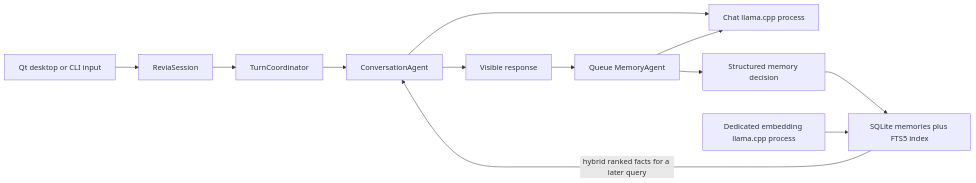
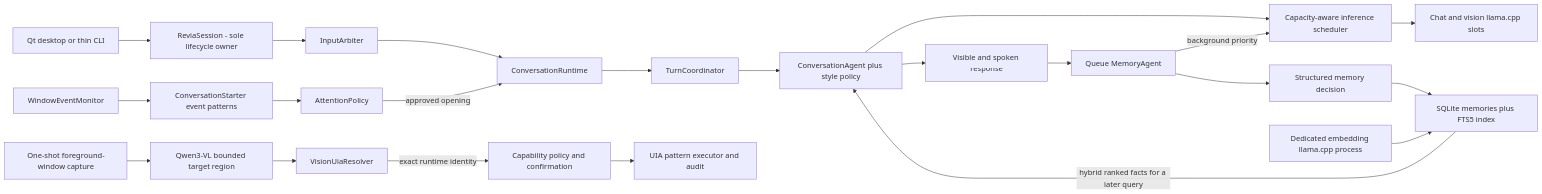
Before and after one commit to MahouSenseii/R.E.V.I.A: the second of 2 diagrams in docs/ARCHITECTURE.md, drawn with Mermaid. The commit also changed other lines of this file and 58 other files, not shown here.

````diff
--- a/docs/ARCHITECTURE.md
+++ b/docs/ARCHITECTURE.md
@@ -43,14 +43,24 @@
 ```mermaid
 flowchart LR
-    U["Qt desktop or CLI input"] --> S["ReviaSession"]
-    S --> T["TurnCoordinator"]
-    T --> C["ConversationAgent"]
-    C --> L["Chat llama.cpp process"]
-    C --> R["Visible response"]
+    U["Qt desktop or thin CLI"] --> S["ReviaSession - sole lifecycle owner"]
+    S --> I["InputArbiter"]
+    I --> CR["ConversationRuntime"]
+    CR --> T["TurnCoordinator"]
+    T --> C["ConversationAgent plus style policy"]
+    C --> G["Capacity-aware inference scheduler"]
+    G --> L["Chat and vision llama.cpp slots"]
+    C --> R["Visible and spoken response"]
     R --> M["Queue MemoryAgent"]
-    M --> L
+    M -->|"background priority"| G
     M --> D["Structured memory decision"]
     D --> DB["SQLite memories plus FTS5 index"]
     E["Dedicated embedding llama.cpp process"] --> DB
     DB -->|"hybrid ranked facts for a later query"| C
+    P["WindowEventMonitor"] --> CS["ConversationStarter event patterns"]
+    CS --> AP["AttentionPolicy"]
+    AP -->|"approved opening"| CR
+    V["One-shot foreground-window capture"] --> VG["Qwen3-VL bounded target region"]
+    VG --> UR["VisionUiaResolver"]
+    UR -->|"exact runtime identity"| CP["Capability policy and confirmation"]
+    CP --> WX["UIA pattern executor and audit"]
 ```
````
